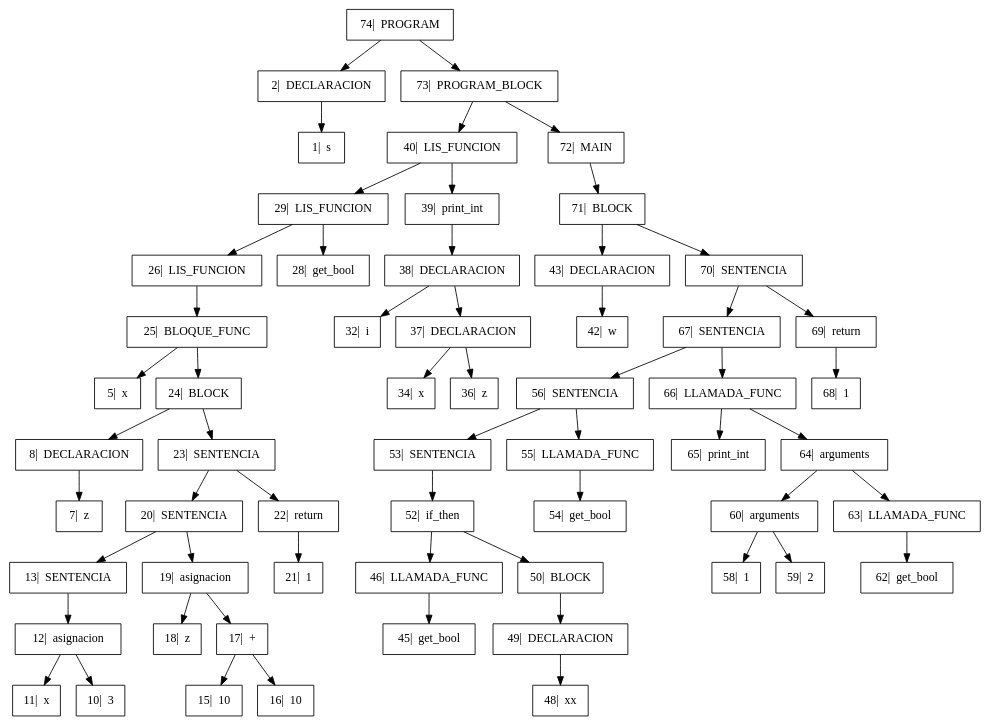
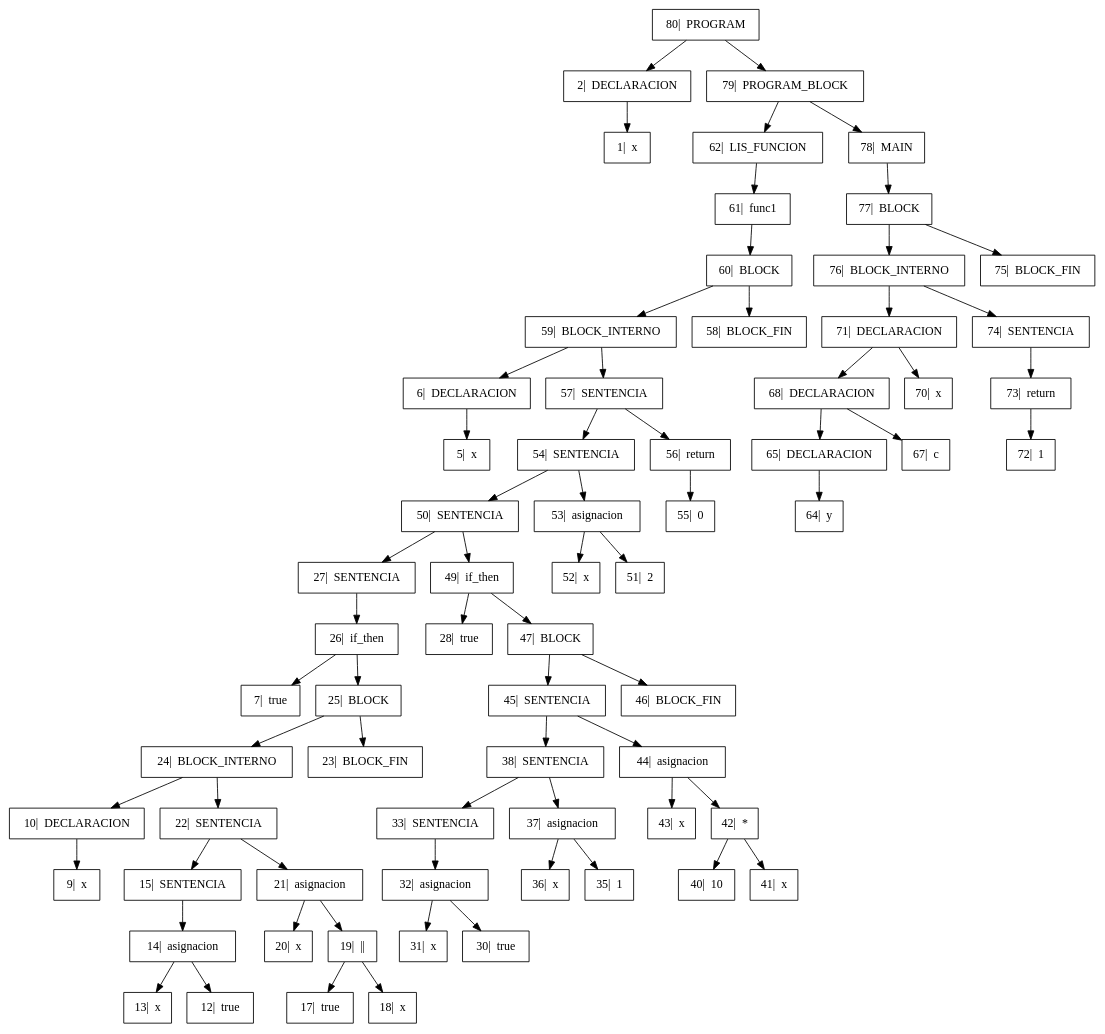
One commit to GiovA07/PRE-PROYECTO-COMPILADORES changed the diagram in Proyecto/output/Arbol.dot. Above: the diagram before and after it, drawn with Graphviz. The commit also changed 8 other files, not shown here.

```diff
--- a/Proyecto/output/Arbol.dot
+++ b/Proyecto/output/Arbol.dot
@@ -1,42 +1,46 @@
 digraph{
 
 rankdir=TB;
 
 node[shape=box];
-"74|  PROGRAM" -> "2|  DECLARACION", "73|  PROGRAM_BLOCK";
-"2|  DECLARACION" -> "1|  s" ;
-"73|  PROGRAM_BLOCK" -> "40|  LIS_FUNCION", "72|  MAIN";
-"40|  LIS_FUNCION" -> "29|  LIS_FUNCION", "39|  print_int";
-"29|  LIS_FUNCION" -> "26|  LIS_FUNCION", "28|  get_bool";
-"26|  LIS_FUNCION" -> "25|  BLOQUE_FUNC" ;
-"25|  BLOQUE_FUNC" -> "5|  x", "24|  BLOCK";
-"24|  BLOCK" -> "8|  DECLARACION", "23|  SENTENCIA";
-"8|  DECLARACION" -> "7|  z" ;
-"23|  SENTENCIA" -> "20|  SENTENCIA", "22|  return";
-"20|  SENTENCIA" -> "13|  SENTENCIA", "19|  asignacion";
-"13|  SENTENCIA" -> "12|  asignacion" ;
-"12|  asignacion" -> "11|  x", "10|  3";
-"19|  asignacion" -> "18|  z", "17|  +";
-"17|  +" -> "15|  10", "16|  10";
-"22|  return" -> "21|  1" ;
-"39|  print_int" -> "38|  DECLARACION" ;
-"38|  DECLARACION" -> "32|  i", "37|  DECLARACION";
-"37|  DECLARACION" -> "34|  x", "36|  z";
-"72|  MAIN" -> "71|  BLOCK" ;
-"71|  BLOCK" -> "43|  DECLARACION", "70|  SENTENCIA";
-"43|  DECLARACION" -> "42|  w" ;
-"70|  SENTENCIA" -> "67|  SENTENCIA", "69|  return";
-"67|  SENTENCIA" -> "56|  SENTENCIA", "66|  LLAMADA_FUNC";
-"56|  SENTENCIA" -> "53|  SENTENCIA", "55|  LLAMADA_FUNC";
-"53|  SENTENCIA" -> "52|  if_then" ;
-"52|  if_then" -> "46|  LLAMADA_FUNC", "50|  BLOCK";
-"46|  LLAMADA_FUNC" -> "45|  get_bool" ;
-"50|  BLOCK" -> "49|  DECLARACION" ;
-"49|  DECLARACION" -> "48|  xx" ;
-"55|  LLAMADA_FUNC" -> "54|  get_bool" ;
-"66|  LLAMADA_FUNC" -> "65|  print_int", "64|  arguments";
-"64|  arguments" -> "60|  arguments", "63|  LLAMADA_FUNC";
-"60|  arguments" -> "58|  1", "59|  2";
-"63|  LLAMADA_FUNC" -> "62|  get_bool" ;
-"69|  return" -> "68|  1" ;
+"80|  PROGRAM" -> "2|  DECLARACION", "79|  PROGRAM_BLOCK";
+"2|  DECLARACION" -> "1|  x" ;
+"79|  PROGRAM_BLOCK" -> "62|  LIS_FUNCION", "78|  MAIN";
+"62|  LIS_FUNCION" -> "61|  func1" ;
+"61|  func1" -> "60|  BLOCK" ;
+"60|  BLOCK" -> "59|  BLOCK_INTERNO", "58|  BLOCK_FIN";
+"59|  BLOCK_INTERNO" -> "6|  DECLARACION", "57|  SENTENCIA";
+"6|  DECLARACION" -> "5|  x" ;
+"57|  SENTENCIA" -> "54|  SENTENCIA", "56|  return";
+"54|  SENTENCIA" -> "50|  SENTENCIA", "53|  asignacion";
+"50|  SENTENCIA" -> "27|  SENTENCIA", "49|  if_then";
+"27|  SENTENCIA" -> "26|  if_then" ;
+"26|  if_then" -> "7|  true", "25|  BLOCK";
+"25|  BLOCK" -> "24|  BLOCK_INTERNO", "23|  BLOCK_FIN";
+"24|  BLOCK_INTERNO" -> "10|  DECLARACION", "22|  SENTENCIA";
+"10|  DECLARACION" -> "9|  x" ;
+"22|  SENTENCIA" -> "15|  SENTENCIA", "21|  asignacion";
+"15|  SENTENCIA" -> "14|  asignacion" ;
+"14|  asignacion" -> "13|  x", "12|  true";
+"21|  asignacion" -> "20|  x", "19|  ||";
+"19|  ||" -> "17|  true", "18|  x";
+"49|  if_then" -> "28|  true", "47|  BLOCK";
+"47|  BLOCK" -> "45|  SENTENCIA", "46|  BLOCK_FIN";
+"45|  SENTENCIA" -> "38|  SENTENCIA", "44|  asignacion";
+"38|  SENTENCIA" -> "33|  SENTENCIA", "37|  asignacion";
+"33|  SENTENCIA" -> "32|  asignacion" ;
+"32|  asignacion" -> "31|  x", "30|  true";
+"37|  asignacion" -> "36|  x", "35|  1";
+"44|  asignacion" -> "43|  x", "42|  *";
+"42|  *" -> "40|  10", "41|  x";
+"53|  asignacion" -> "52|  x", "51|  2";
+"56|  return" -> "55|  0" ;
+"78|  MAIN" -> "77|  BLOCK" ;
+"77|  BLOCK" -> "76|  BLOCK_INTERNO", "75|  BLOCK_FIN";
+"76|  BLOCK_INTERNO" -> "71|  DECLARACION", "74|  SENTENCIA";
+"71|  DECLARACION" -> "68|  DECLARACION", "70|  x";
+"68|  DECLARACION" -> "65|  DECLARACION", "67|  c";
+"65|  DECLARACION" -> "64|  y" ;
+"74|  SENTENCIA" -> "73|  return" ;
+"73|  return" -> "72|  1" ;
 }
```
